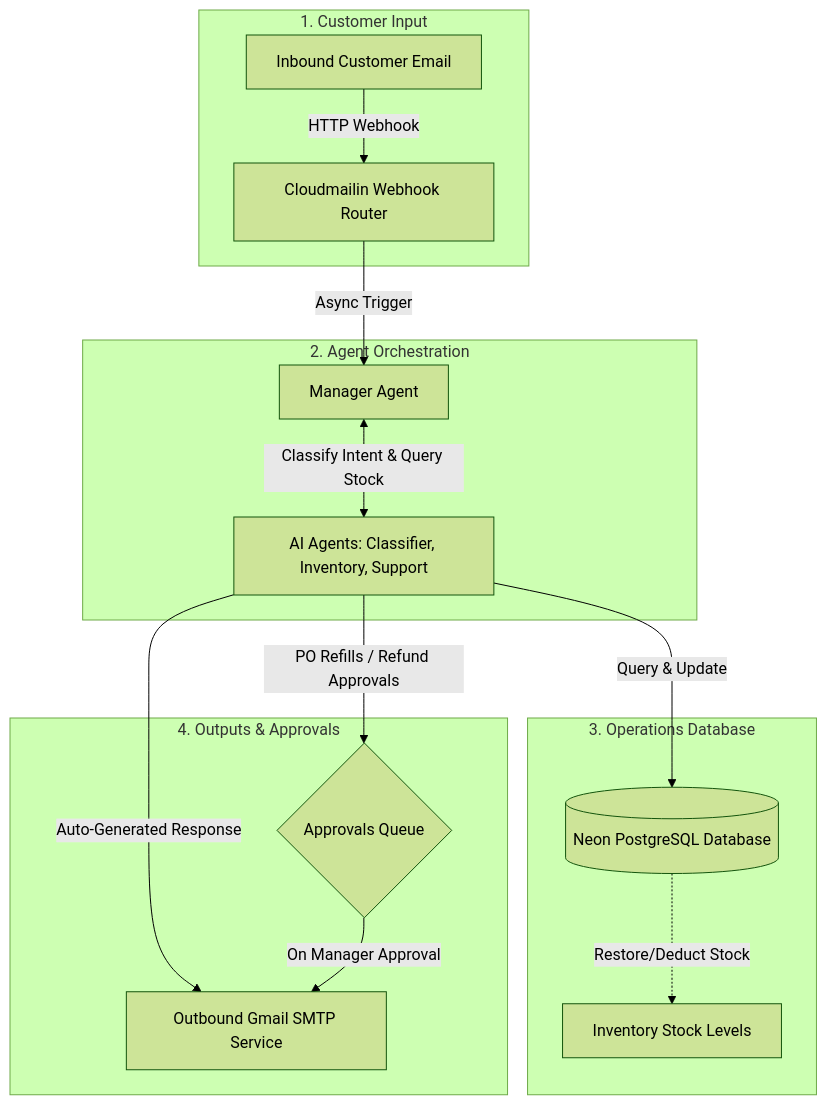
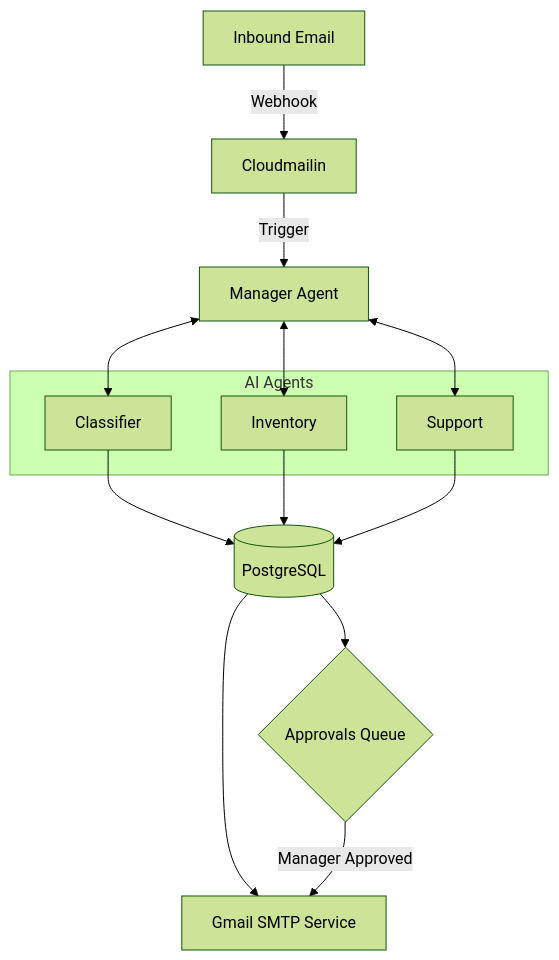
Before and after one commit to SiddheshCodes4554/OpsPilot: the diagram in README.md, drawn with Mermaid (forest theme).

Commit message:
docs: simplify and condense architecture diagram in README

````diff
--- a/README.md
+++ b/README.md
@@ -11,22 +11,18 @@
 ```mermaid
 flowchart TD
-    subgraph Input [1. Customer Input]
-        Mail[Inbound Customer Email] -->|HTTP Webhook| Router[Cloudmailin Webhook Router]
+    In[Inbound Email] -->|Webhook| Router[Cloudmailin]
+    Router -->|Trigger| Manager[Manager Agent]
+    
+    subgraph Agents [AI Agents]
+        Classifier[Classifier]
+        Inventory[Inventory]
+        Support[Support]
     end
-
-    subgraph Brain [2. Agent Orchestration]
-        Router -->|Async Trigger| Manager[Manager Agent]
-        Manager <-->|Classify Intent & Query Stock| Subagents[AI Agents: Classifier, Inventory, Support]
-    end
-
-    subgraph Data [3. Operations Database]
-        Subagents -->|Query & Update| DB[(Neon PostgreSQL Database)]
-        DB -.->|Restore/Deduct Stock| Inv[Inventory Stock Levels]
-    end
-
-    subgraph Action [4. Outputs & Approvals]
-        Subagents -->|PO Refills / Refund Approvals| AppCenter{Approvals Queue}
-        Subagents -->|Auto-Generated Response| SMTP[Outbound Gmail SMTP Service]
-        AppCenter -->|On Manager Approval| SMTP
-    end
+    
+    Manager <--> Classifier & Inventory & Support
+    Classifier & Inventory & Support --> DB[(PostgreSQL)]
+    
+    DB --> AppCenter{Approvals Queue}
+    DB --> SMTP[Gmail SMTP Service]
+    AppCenter -->|Manager Approved| SMTP
 ```
````
